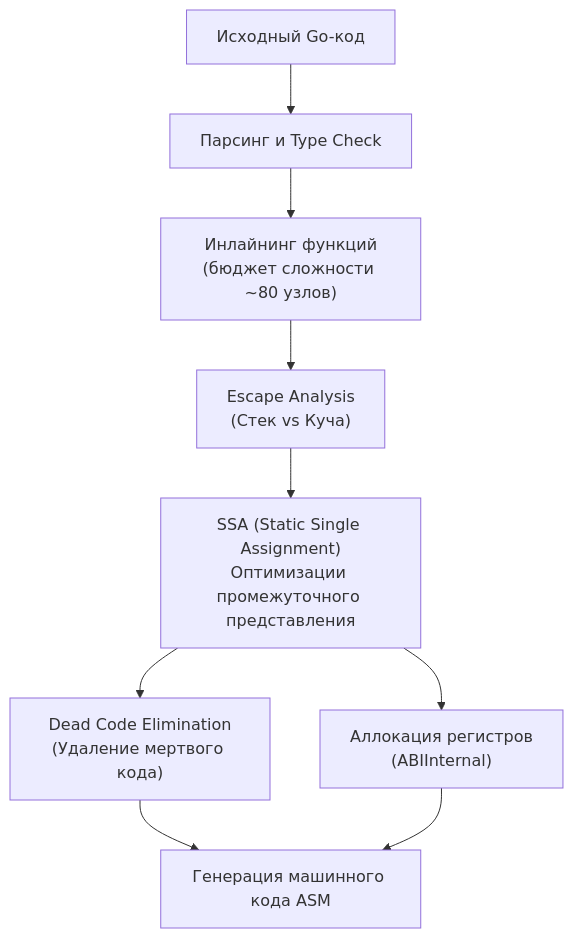
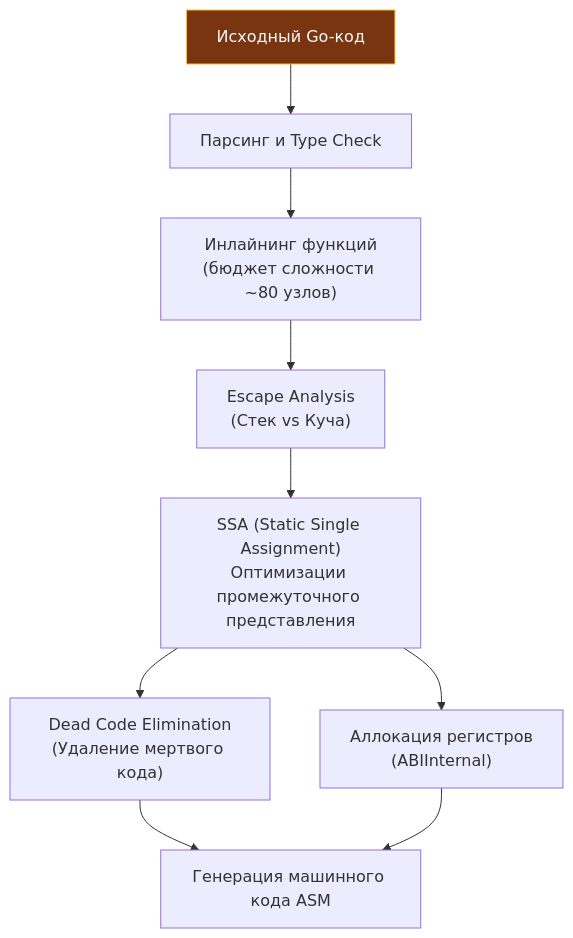
The first of 2 diagrams in sources/16. Профилирование, отладка и производительность/02. Benchmarking/1. Почему нельзя оптимизировать без измерений.md (UnrealTemplier/go-textbook), drawn with Mermaid before and after one commit. The commit also changed other lines of this file and 1666 other files, not shown here.

First line of the commit message:
feat(mermaid): add semantic color classDef to 1369 colorless flowchart/graph diagrams

````diff
--- a/sources/16. Профилирование, отладка и производительность/02. Benchmarking/1. Почему нельзя оптимизировать без измерений.md
+++ b/sources/16. Профилирование, отладка и производительность/02. Benchmarking/1. Почему нельзя оптимизировать без измерений.md
@@ -49,11 +49,21 @@
 ```mermaid
 flowchart TD
-    Source["Исходный Go-код"] --> Frontend["Парсинг и Type Check"]
+    classDef process  fill:#1e293b,stroke:#38bdf8,stroke-width:1px,color:#f8fafc
+    classDef success  fill:#064e3b,stroke:#34d399,stroke-width:1px,color:#f8fafc
+    classDef error    fill:#7f1d1d,stroke:#f87171,stroke-width:1px,color:#f8fafc
+    classDef warning  fill:#78350f,stroke:#fbbf24,stroke-width:1px,color:#f8fafc
+    classDef entry    fill:#1e3a5f,stroke:#38bdf8,stroke-width:2px,color:#f8fafc
+    classDef aux      fill:#334155,stroke:#64748b,stroke-width:1px,color:#f8fafc
+    classDef system   fill:#312e81,stroke:#a78bfa,stroke-width:1px,color:#f8fafc
+    classDef data     fill:#132d29,stroke:#2dd4bf,stroke-width:1px,color:#f8fafc
+    classDef network  fill:#881337,stroke:#fb7185,stroke-width:1px,color:#f8fafc
+    classDef accent   fill:#1e1b4b,stroke:#818cf8,stroke-width:1px,color:#f8fafc
+    Source["Исходный Go-код"]:::warning --> Frontend["Парсинг и Type Check"]
     Frontend --> Inliner["Инлайнинг функций<br>(бюджет сложности ~80 узлов)"]
     Inliner --> Escape["Escape Analysis<br>(Стек vs Куча)"]
     Escape --> SSA["SSA (Static Single Assignment)<br>Оптимизации промежуточного представления"]
     SSA --> DeadCode["Dead Code Elimination<br>(Удаление мертвого кода)"]
     SSA --> RegAlloc["Аллокация регистров<br>(ABIInternal)"]
     DeadCode --> Codegen["Генерация машинного кода ASM"]
     RegAlloc --> Codegen
 ```
````
